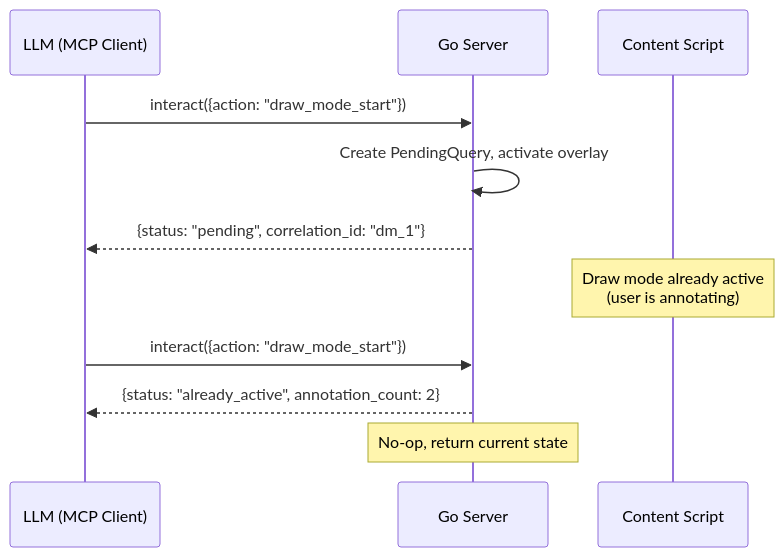
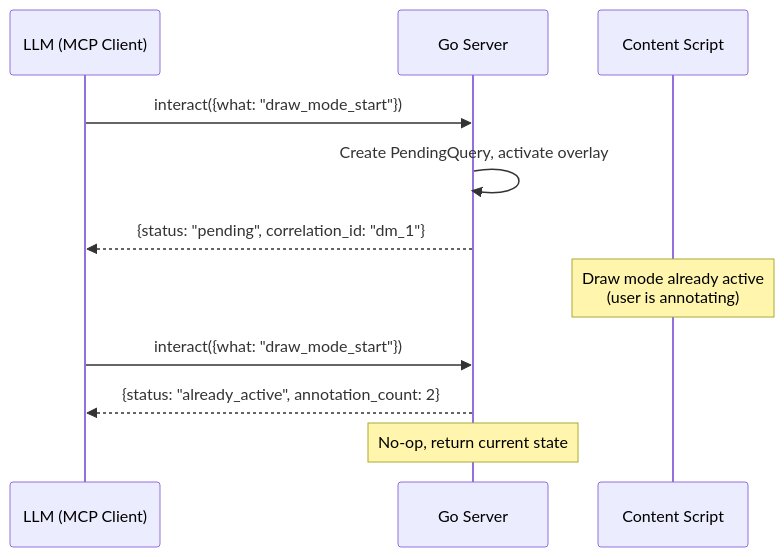
The third of 3 diagrams in docs/features/draw-mode/tech-spec.md (brennhill/Kaboom-Browser-AI-Devtools-MCP), drawn with Mermaid before and after one commit. The commit also changed other lines of this file and 243 other files, not shown here.

````diff
--- a/docs/features/draw-mode/tech-spec.md
+++ b/docs/features/draw-mode/tech-spec.md
@@ -137,16 +137,16 @@
 ```mermaid
 sequenceDiagram
     participant LLM as LLM (MCP Client)
     participant Server as Go Server
     participant CS as Content Script
 
-    LLM->>Server: interact({action: "draw_mode_start"})
+    LLM->>Server: interact({what: "draw_mode_start"})
     Server->>Server: Create PendingQuery, activate overlay
     Server-->>LLM: {status: "pending", correlation_id: "dm_1"}
 
     Note over CS: Draw mode already active<br/>(user is annotating)
 
-    LLM->>Server: interact({action: "draw_mode_start"})
+    LLM->>Server: interact({what: "draw_mode_start"})
     Server-->>LLM: {status: "already_active", annotation_count: 2}
     Note over Server: No-op, return current state
 ```
````
